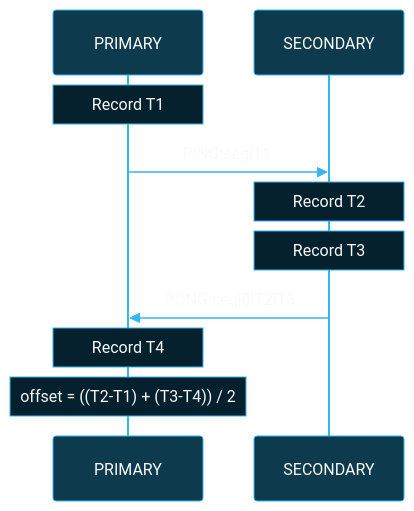
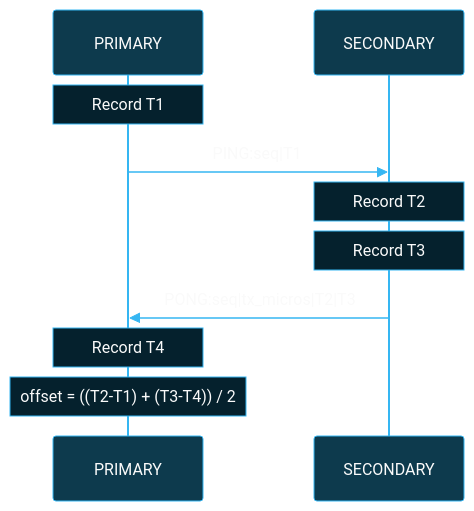
Before and after one commit to BlueBuzzah/BlueBuzzah-Firmware: the second of 5 diagrams in docs/SYNCHRONIZATION_PROTOCOL.md, drawn with Mermaid. The commit also changed other lines of this file, not shown here.

````diff
--- a/docs/SYNCHRONIZATION_PROTOCOL.md
+++ b/docs/SYNCHRONIZATION_PROTOCOL.md
@@ -118,40 +118,40 @@
 ```mermaid
 %%{init: {'theme': 'base', 'themeVariables': {
   'primaryColor': '#0d3a4d',
   'primaryTextColor': '#fafafa',
   'primaryBorderColor': '#35B6F2',
   'lineColor': '#35B6F2',
   'secondaryColor': '#05212D',
   'tertiaryColor': '#0a0a0a',
   'background': '#0a0a0a',
   'actorBkg': '#0d3a4d',
   'actorBorder': '#35B6F2',
   'actorTextColor': '#fafafa',
   'actorLineColor': '#35B6F2',
   'signalColor': '#35B6F2',
   'signalTextColor': '#fafafa',
   'labelBoxBkgColor': '#05212D',
   'labelBoxBorderColor': '#35B6F2',
   'labelTextColor': '#fafafa',
   'loopTextColor': '#fafafa',
   'noteBkgColor': '#05212D',
   'noteBorderColor': '#35B6F2',
   'noteTextColor': '#fafafa',
   'activationBkgColor': '#0d3a4d',
   'activationBorderColor': '#35B6F2',
   'sequenceNumberColor': '#fafafa'
 }}}%%
 sequenceDiagram
     participant P as PRIMARY
     participant S as SECONDARY
 
     Note over P: Record T1
     P->>S: PING:seq|T1
     Note over S: Record T2
 
     Note over S: Record T3
-    S->>P: PONG:seq|0|T2|T3
+    S->>P: PONG:seq|tx_micros|T2|T3
     Note over P: Record T4
 
     Note over P: offset = ((T2-T1) + (T3-T4)) / 2
 ```
````
